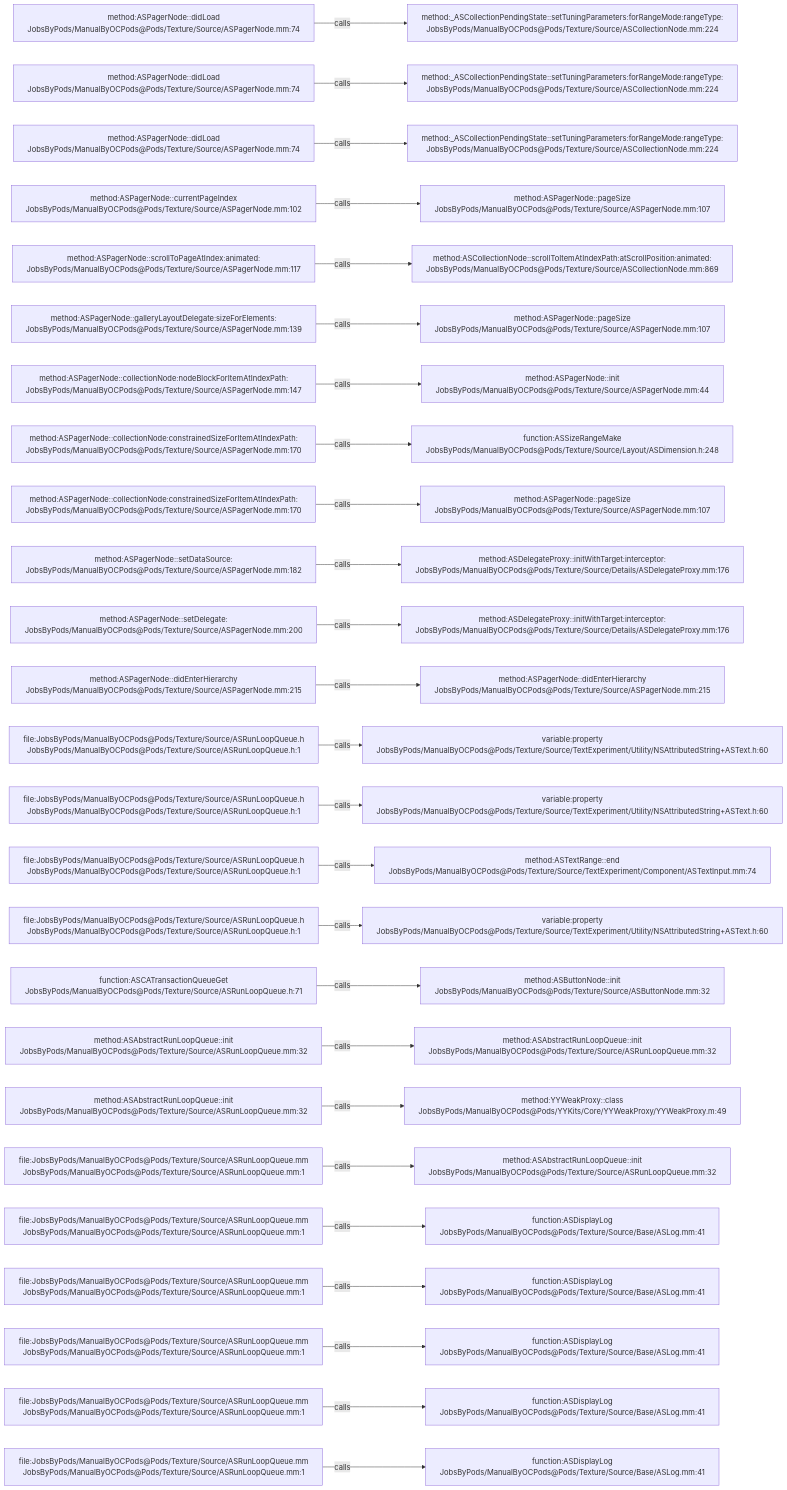
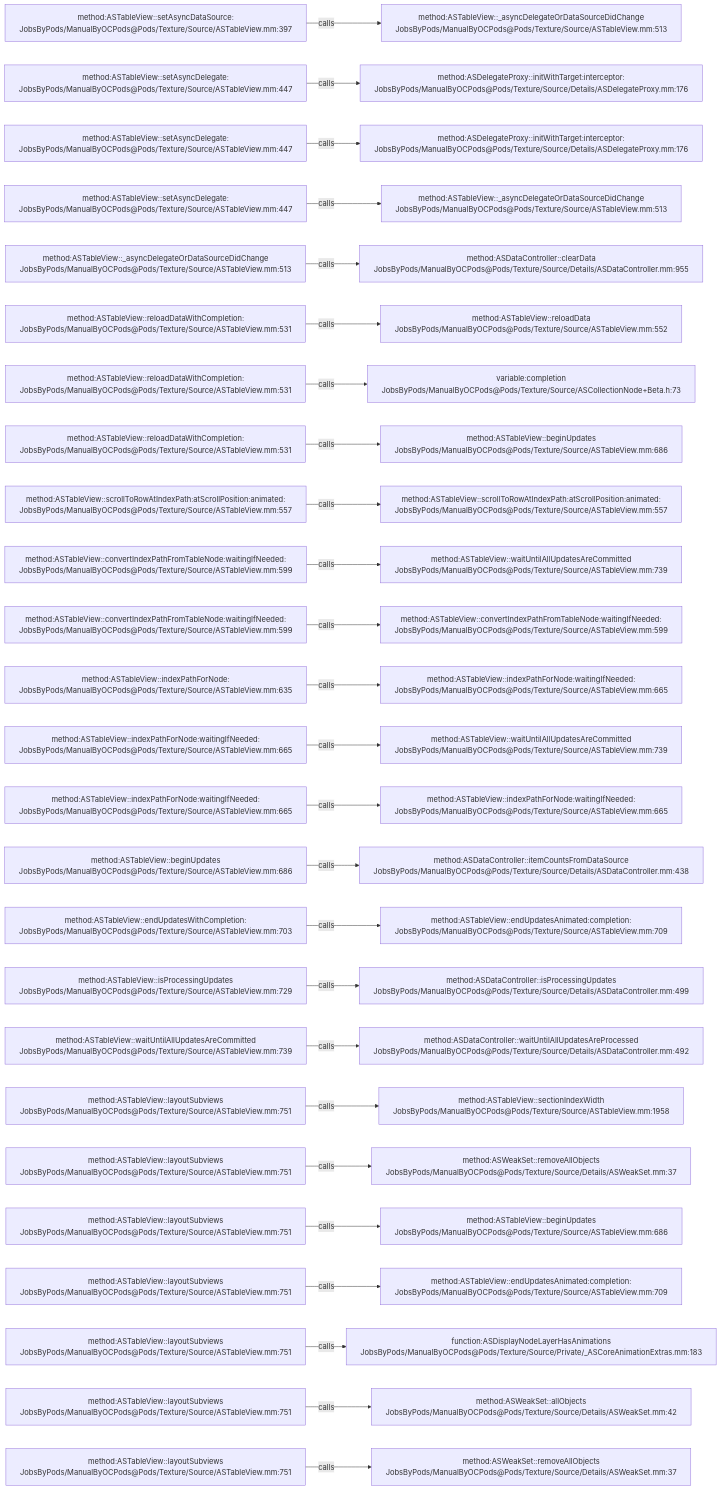
Before and after one commit to JobsKits/JobsOCBaseConfigDemo: the diagram in .codegraph/codegraph.md/graphs/calls-112.md, drawn with Mermaid. The commit also changed 2723 other files, not shown here.

````diff
--- a/.codegraph/codegraph.md/graphs/calls-112.md
+++ b/.codegraph/codegraph.md/graphs/calls-112.md
@@ -13,78 +13,78 @@
 ```mermaid
 flowchart LR
-  S1["method:ASPagerNode::didLoad<br/>JobsByPods/ManualByOCPods@Pods/Texture/Source/ASPagerNode.mm:74"]
-  T1["method:_ASCollectionPendingState::setTuningParameters:forRangeMode:rangeType:<br/>JobsByPods/ManualByOCPods@Pods/Texture/Source/ASCollectionNode.mm:224"]
+  S1["method:ASTableView::setAsyncDataSource:<br/>JobsByPods/ManualByOCPods@Pods/Texture/Source/ASTableView.mm:397"]
+  T1["method:ASTableView::_asyncDelegateOrDataSourceDidChange<br/>JobsByPods/ManualByOCPods@Pods/Texture/Source/ASTableView.mm:513"]
   S1 -->|calls| T1
-  S2["method:ASPagerNode::didLoad<br/>JobsByPods/ManualByOCPods@Pods/Texture/Source/ASPagerNode.mm:74"]
-  T2["method:_ASCollectionPendingState::setTuningParameters:forRangeMode:rangeType:<br/>JobsByPods/ManualByOCPods@Pods/Texture/Source/ASCollectionNode.mm:224"]
+  S2["method:ASTableView::setAsyncDelegate:<br/>JobsByPods/ManualByOCPods@Pods/Texture/Source/ASTableView.mm:447"]
+  T2["method:ASDelegateProxy::initWithTarget:interceptor:<br/>JobsByPods/ManualByOCPods@Pods/Texture/Source/Details/ASDelegateProxy.mm:176"]
   S2 -->|calls| T2
-  S3["method:ASPagerNode::didLoad<br/>JobsByPods/ManualByOCPods@Pods/Texture/Source/ASPagerNode.mm:74"]
-  T3["method:_ASCollectionPendingState::setTuningParameters:forRangeMode:rangeType:<br/>JobsByPods/ManualByOCPods@Pods/Texture/Source/ASCollectionNode.mm:224"]
+  S3["method:ASTableView::setAsyncDelegate:<br/>JobsByPods/ManualByOCPods@Pods/Texture/Source/ASTableView.mm:447"]
+  T3["method:ASDelegateProxy::initWithTarget:interceptor:<br/>JobsByPods/ManualByOCPods@Pods/Texture/Source/Details/ASDelegateProxy.mm:176"]
   S3 -->|calls| T3
-  S4["method:ASPagerNode::currentPageIndex<br/>JobsByPods/ManualByOCPods@Pods/Texture/Source/ASPagerNode.mm:102"]
-  T4["method:ASPagerNode::pageSize<br/>JobsByPods/ManualByOCPods@Pods/Texture/Source/ASPagerNode.mm:107"]
+  S4["method:ASTableView::setAsyncDelegate:<br/>JobsByPods/ManualByOCPods@Pods/Texture/Source/ASTableView.mm:447"]
+  T4["method:ASTableView::_asyncDelegateOrDataSourceDidChange<br/>JobsByPods/ManualByOCPods@Pods/Texture/Source/ASTableView.mm:513"]
   S4 -->|calls| T4
-  S5["method:ASPagerNode::scrollToPageAtIndex:animated:<br/>JobsByPods/ManualByOCPods@Pods/Texture/Source/ASPagerNode.mm:117"]
-  T5["method:ASCollectionNode::scrollToItemAtIndexPath:atScrollPosition:animated:<br/>JobsByPods/ManualByOCPods@Pods/Texture/Source/ASCollectionNode.mm:869"]
+  S5["method:ASTableView::_asyncDelegateOrDataSourceDidChange<br/>JobsByPods/ManualByOCPods@Pods/Texture/Source/ASTableView.mm:513"]
+  T5["method:ASDataController::clearData<br/>JobsByPods/ManualByOCPods@Pods/Texture/Source/Details/ASDataController.mm:955"]
   S5 -->|calls| T5
-  S6["method:ASPagerNode::galleryLayoutDelegate:sizeForElements:<br/>JobsByPods/ManualByOCPods@Pods/Texture/Source/ASPagerNode.mm:139"]
-  T6["method:ASPagerNode::pageSize<br/>JobsByPods/ManualByOCPods@Pods/Texture/Source/ASPagerNode.mm:107"]
+  S6["method:ASTableView::reloadDataWithCompletion:<br/>JobsByPods/ManualByOCPods@Pods/Texture/Source/ASTableView.mm:531"]
+  T6["method:ASTableView::reloadData<br/>JobsByPods/ManualByOCPods@Pods/Texture/Source/ASTableView.mm:552"]
   S6 -->|calls| T6
-  S7["method:ASPagerNode::collectionNode:nodeBlockForItemAtIndexPath:<br/>JobsByPods/ManualByOCPods@Pods/Texture/Source/ASPagerNode.mm:147"]
-  T7["method:ASPagerNode::init<br/>JobsByPods/ManualByOCPods@Pods/Texture/Source/ASPagerNode.mm:44"]
+  S7["method:ASTableView::reloadDataWithCompletion:<br/>JobsByPods/ManualByOCPods@Pods/Texture/Source/ASTableView.mm:531"]
+  T7["variable:completion<br/>JobsByPods/ManualByOCPods@Pods/Texture/Source/ASCollectionNode+Beta.h:73"]
   S7 -->|calls| T7
-  S8["method:ASPagerNode::collectionNode:constrainedSizeForItemAtIndexPath:<br/>JobsByPods/ManualByOCPods@Pods/Texture/Source/ASPagerNode.mm:170"]
-  T8["function:ASSizeRangeMake<br/>JobsByPods/ManualByOCPods@Pods/Texture/Source/Layout/ASDimension.h:248"]
+  S8["method:ASTableView::reloadDataWithCompletion:<br/>JobsByPods/ManualByOCPods@Pods/Texture/Source/ASTableView.mm:531"]
+  T8["method:ASTableView::beginUpdates<br/>JobsByPods/ManualByOCPods@Pods/Texture/Source/ASTableView.mm:686"]
   S8 -->|calls| T8
-  S9["method:ASPagerNode::collectionNode:constrainedSizeForItemAtIndexPath:<br/>JobsByPods/ManualByOCPods@Pods/Texture/Source/ASPagerNode.mm:170"]
-  T9["method:ASPagerNode::pageSize<br/>JobsByPods/ManualByOCPods@Pods/Texture/Source/ASPagerNode.mm:107"]
+  S9["method:ASTableView::scrollToRowAtIndexPath:atScrollPosition:animated:<br/>JobsByPods/ManualByOCPods@Pods/Texture/Source/ASTableView.mm:557"]
+  T9["method:ASTableView::scrollToRowAtIndexPath:atScrollPosition:animated:<br/>JobsByPods/ManualByOCPods@Pods/Texture/Source/ASTableView.mm:557"]
   S9 -->|calls| T9
-  S10["method:ASPagerNode::setDataSource:<br/>JobsByPods/ManualByOCPods@Pods/Texture/Source/ASPagerNode.mm:182"]
-  T10["method:ASDelegateProxy::initWithTarget:interceptor:<br/>JobsByPods/ManualByOCPods@Pods/Texture/Source/Details/ASDelegateProxy.mm:176"]
+  S10["method:ASTableView::convertIndexPathFromTableNode:waitingIfNeeded:<br/>JobsByPods/ManualByOCPods@Pods/Texture/Source/ASTableView.mm:599"]
+  T10["method:ASTableView::waitUntilAllUpdatesAreCommitted<br/>JobsByPods/ManualByOCPods@Pods/Texture/Source/ASTableView.mm:739"]
   S10 -->|calls| T10
-  S11["method:ASPagerNode::setDelegate:<br/>JobsByPods/ManualByOCPods@Pods/Texture/Source/ASPagerNode.mm:200"]
-  T11["method:ASDelegateProxy::initWithTarget:interceptor:<br/>JobsByPods/ManualByOCPods@Pods/Texture/Source/Details/ASDelegateProxy.mm:176"]
+  S11["method:ASTableView::convertIndexPathFromTableNode:waitingIfNeeded:<br/>JobsByPods/ManualByOCPods@Pods/Texture/Source/ASTableView.mm:599"]
+  T11["method:ASTableView::convertIndexPathFromTableNode:waitingIfNeeded:<br/>JobsByPods/ManualByOCPods@Pods/Texture/Source/ASTableView.mm:599"]
   S11 -->|calls| T11
-  S12["method:ASPagerNode::didEnterHierarchy<br/>JobsByPods/ManualByOCPods@Pods/Texture/Source/ASPagerNode.mm:215"]
-  T12["method:ASPagerNode::didEnterHierarchy<br/>JobsByPods/ManualByOCPods@Pods/Texture/Source/ASPagerNode.mm:215"]
+  S12["method:ASTableView::indexPathForNode:<br/>JobsByPods/ManualByOCPods@Pods/Texture/Source/ASTableView.mm:635"]
+  T12["method:ASTableView::indexPathForNode:waitingIfNeeded:<br/>JobsByPods/ManualByOCPods@Pods/Texture/Source/ASTableView.mm:665"]
   S12 -->|calls| T12
-  S13["file:JobsByPods/ManualByOCPods@Pods/Texture/Source/ASRunLoopQueue.h<br/>JobsByPods/ManualByOCPods@Pods/Texture/Source/ASRunLoopQueue.h:1"]
-  T13["variable:property<br/>JobsByPods/ManualByOCPods@Pods/Texture/Source/TextExperiment/Utility/NSAttributedString+ASText.h:60"]
+  S13["method:ASTableView::indexPathForNode:waitingIfNeeded:<br/>JobsByPods/ManualByOCPods@Pods/Texture/Source/ASTableView.mm:665"]
+  T13["method:ASTableView::waitUntilAllUpdatesAreCommitted<br/>JobsByPods/ManualByOCPods@Pods/Texture/Source/ASTableView.mm:739"]
   S13 -->|calls| T13
-  S14["file:JobsByPods/ManualByOCPods@Pods/Texture/Source/ASRunLoopQueue.h<br/>JobsByPods/ManualByOCPods@Pods/Texture/Source/ASRunLoopQueue.h:1"]
-  T14["variable:property<br/>JobsByPods/ManualByOCPods@Pods/Texture/Source/TextExperiment/Utility/NSAttributedString+ASText.h:60"]
+  S14["method:ASTableView::indexPathForNode:waitingIfNeeded:<br/>JobsByPods/ManualByOCPods@Pods/Texture/Source/ASTableView.mm:665"]
+  T14["method:ASTableView::indexPathForNode:waitingIfNeeded:<br/>JobsByPods/ManualByOCPods@Pods/Texture/Source/ASTableView.mm:665"]
   S14 -->|calls| T14
-  S15["file:JobsByPods/ManualByOCPods@Pods/Texture/Source/ASRunLoopQueue.h<br/>JobsByPods/ManualByOCPods@Pods/Texture/Source/ASRunLoopQueue.h:1"]
-  T15["method:ASTextRange::end<br/>JobsByPods/ManualByOCPods@Pods/Texture/Source/TextExperiment/Component/ASTextInput.mm:74"]
+  S15["method:ASTableView::beginUpdates<br/>JobsByPods/ManualByOCPods@Pods/Texture/Source/ASTableView.mm:686"]
+  T15["method:ASDataController::itemCountsFromDataSource<br/>JobsByPods/ManualByOCPods@Pods/Texture/Source/Details/ASDataController.mm:438"]
   S15 -->|calls| T15
-  S16["file:JobsByPods/ManualByOCPods@Pods/Texture/Source/ASRunLoopQueue.h<br/>JobsByPods/ManualByOCPods@Pods/Texture/Source/ASRunLoopQueue.h:1"]
-  T16["variable:property<br/>JobsByPods/ManualByOCPods@Pods/Texture/Source/TextExperiment/Utility/NSAttributedString+ASText.h:60"]
+  S16["method:ASTableView::endUpdatesWithCompletion:<br/>JobsByPods/ManualByOCPods@Pods/Texture/Source/ASTableView.mm:703"]
+  T16["method:ASTableView::endUpdatesAnimated:completion:<br/>JobsByPods/ManualByOCPods@Pods/Texture/Source/ASTableView.mm:709"]
   S16 -->|calls| T16
-  S17["function:ASCATransactionQueueGet<br/>JobsByPods/ManualByOCPods@Pods/Texture/Source/ASRunLoopQueue.h:71"]
-  T17["method:ASButtonNode::init<br/>JobsByPods/ManualByOCPods@Pods/Texture/Source/ASButtonNode.mm:32"]
+  S17["method:ASTableView::isProcessingUpdates<br/>JobsByPods/ManualByOCPods@Pods/Texture/Source/ASTableView.mm:729"]
+  T17["method:ASDataController::isProcessingUpdates<br/>JobsByPods/ManualByOCPods@Pods/Texture/Source/Details/ASDataController.mm:499"]
   S17 -->|calls| T17
-  S18["method:ASAbstractRunLoopQueue::init<br/>JobsByPods/ManualByOCPods@Pods/Texture/Source/ASRunLoopQueue.mm:32"]
-  T18["method:ASAbstractRunLoopQueue::init<br/>JobsByPods/ManualByOCPods@Pods/Texture/Source/ASRunLoopQueue.mm:32"]
+  S18["method:ASTableView::waitUntilAllUpdatesAreCommitted<br/>JobsByPods/ManualByOCPods@Pods/Texture/Source/ASTableView.mm:739"]
+  T18["method:ASDataController::waitUntilAllUpdatesAreProcessed<br/>JobsByPods/ManualByOCPods@Pods/Texture/Source/Details/ASDataController.mm:492"]
   S18 -->|calls| T18
-  S19["method:ASAbstractRunLoopQueue::init<br/>JobsByPods/ManualByOCPods@Pods/Texture/Source/ASRunLoopQueue.mm:32"]
-  T19["method:YYWeakProxy::class<br/>JobsByPods/ManualByOCPods@Pods/YYKits/Core/YYWeakProxy/YYWeakProxy.m:49"]
+  S19["method:ASTableView::layoutSubviews<br/>JobsByPods/ManualByOCPods@Pods/Texture/Source/ASTableView.mm:751"]
+  T19["method:ASTableView::sectionIndexWidth<br/>JobsByPods/ManualByOCPods@Pods/Texture/Source/ASTableView.mm:1958"]
   S19 -->|calls| T19
-  S20["file:JobsByPods/ManualByOCPods@Pods/Texture/Source/ASRunLoopQueue.mm<br/>JobsByPods/ManualByOCPods@Pods/Texture/Source/ASRunLoopQueue.mm:1"]
-  T20["method:ASAbstractRunLoopQueue::init<br/>JobsByPods/ManualByOCPods@Pods/Texture/Source/ASRunLoopQueue.mm:32"]
+  S20["method:ASTableView::layoutSubviews<br/>JobsByPods/ManualByOCPods@Pods/Texture/Source/ASTableView.mm:751"]
+  T20["method:ASWeakSet::removeAllObjects<br/>JobsByPods/ManualByOCPods@Pods/Texture/Source/Details/ASWeakSet.mm:37"]
   S20 -->|calls| T20
-  S21["file:JobsByPods/ManualByOCPods@Pods/Texture/Source/ASRunLoopQueue.mm<br/>JobsByPods/ManualByOCPods@Pods/Texture/Source/ASRunLoopQueue.mm:1"]
-  T21["function:ASDisplayLog<br/>JobsByPods/ManualByOCPods@Pods/Texture/Source/Base/ASLog.mm:41"]
+  S21["method:ASTableView::layoutSubviews<br/>JobsByPods/ManualByOCPods@Pods/Texture/Source/ASTableView.mm:751"]
+  T21["method:ASTableView::beginUpdates<br/>JobsByPods/ManualByOCPods@Pods/Texture/Source/ASTableView.mm:686"]
   S21 -->|calls| T21
-  S22["file:JobsByPods/ManualByOCPods@Pods/Texture/Source/ASRunLoopQueue.mm<br/>JobsByPods/ManualByOCPods@Pods/Texture/Source/ASRunLoopQueue.mm:1"]
-  T22["function:ASDisplayLog<br/>JobsByPods/ManualByOCPods@Pods/Texture/Source/Base/ASLog.mm:41"]
+  S22["method:ASTableView::layoutSubviews<br/>JobsByPods/ManualByOCPods@Pods/Texture/Source/ASTableView.mm:751"]
+  T22["method:ASTableView::endUpdatesAnimated:completion:<br/>JobsByPods/ManualByOCPods@Pods/Texture/Source/ASTableView.mm:709"]
   S22 -->|calls| T22
-  S23["file:JobsByPods/ManualByOCPods@Pods/Texture/Source/ASRunLoopQueue.mm<br/>JobsByPods/ManualByOCPods@Pods/Texture/Source/ASRunLoopQueue.mm:1"]
-  T23["function:ASDisplayLog<br/>JobsByPods/ManualByOCPods@Pods/Texture/Source/Base/ASLog.mm:41"]
+  S23["method:ASTableView::layoutSubviews<br/>JobsByPods/ManualByOCPods@Pods/Texture/Source/ASTableView.mm:751"]
+  T23["function:ASDisplayNodeLayerHasAnimations<br/>JobsByPods/ManualByOCPods@Pods/Texture/Source/Private/_ASCoreAnimationExtras.mm:183"]
   S23 -->|calls| T23
-  S24["file:JobsByPods/ManualByOCPods@Pods/Texture/Source/ASRunLoopQueue.mm<br/>JobsByPods/ManualByOCPods@Pods/Texture/Source/ASRunLoopQueue.mm:1"]
-  T24["function:ASDisplayLog<br/>JobsByPods/ManualByOCPods@Pods/Texture/Source/Base/ASLog.mm:41"]
+  S24["method:ASTableView::layoutSubviews<br/>JobsByPods/ManualByOCPods@Pods/Texture/Source/ASTableView.mm:751"]
+  T24["method:ASWeakSet::allObjects<br/>JobsByPods/ManualByOCPods@Pods/Texture/Source/Details/ASWeakSet.mm:42"]
   S24 -->|calls| T24
-  S25["file:JobsByPods/ManualByOCPods@Pods/Texture/Source/ASRunLoopQueue.mm<br/>JobsByPods/ManualByOCPods@Pods/Texture/Source/ASRunLoopQueue.mm:1"]
-  T25["function:ASDisplayLog<br/>JobsByPods/ManualByOCPods@Pods/Texture/Source/Base/ASLog.mm:41"]
+  S25["method:ASTableView::layoutSubviews<br/>JobsByPods/ManualByOCPods@Pods/Texture/Source/ASTableView.mm:751"]
+  T25["method:ASWeakSet::removeAllObjects<br/>JobsByPods/ManualByOCPods@Pods/Texture/Source/Details/ASWeakSet.mm:37"]
   S25 -->|calls| T25
 ```
````
